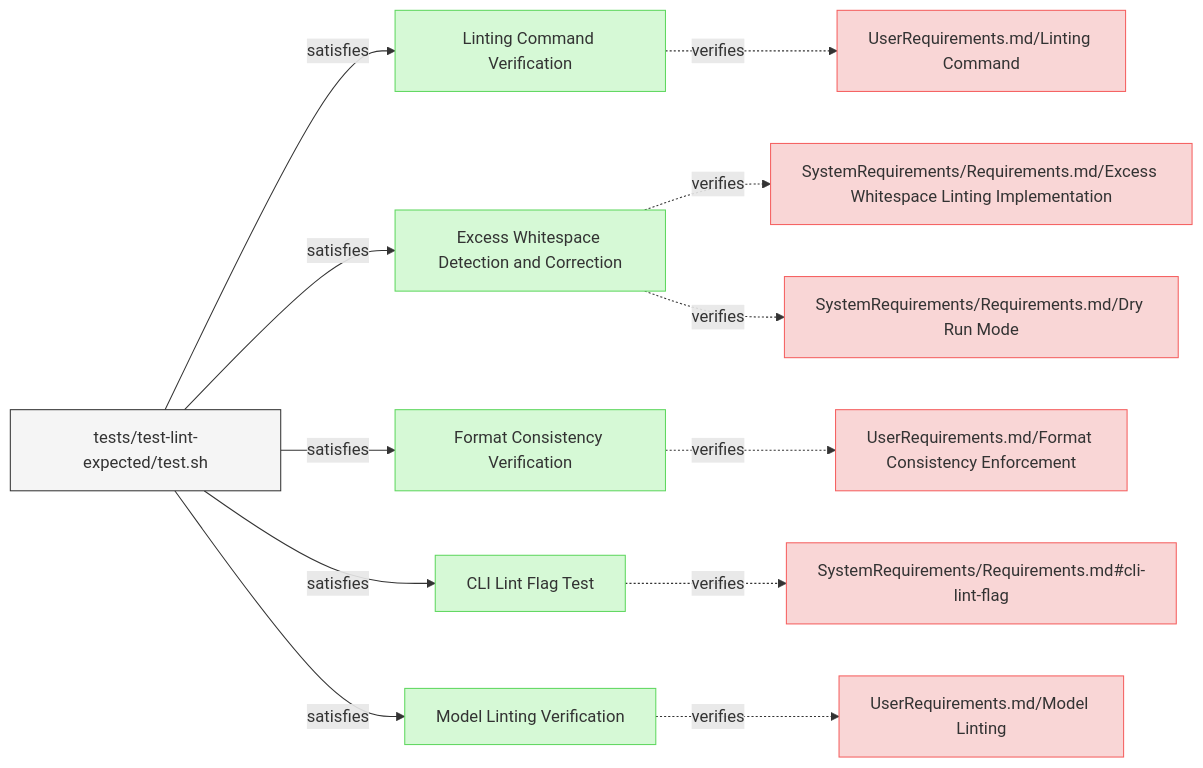
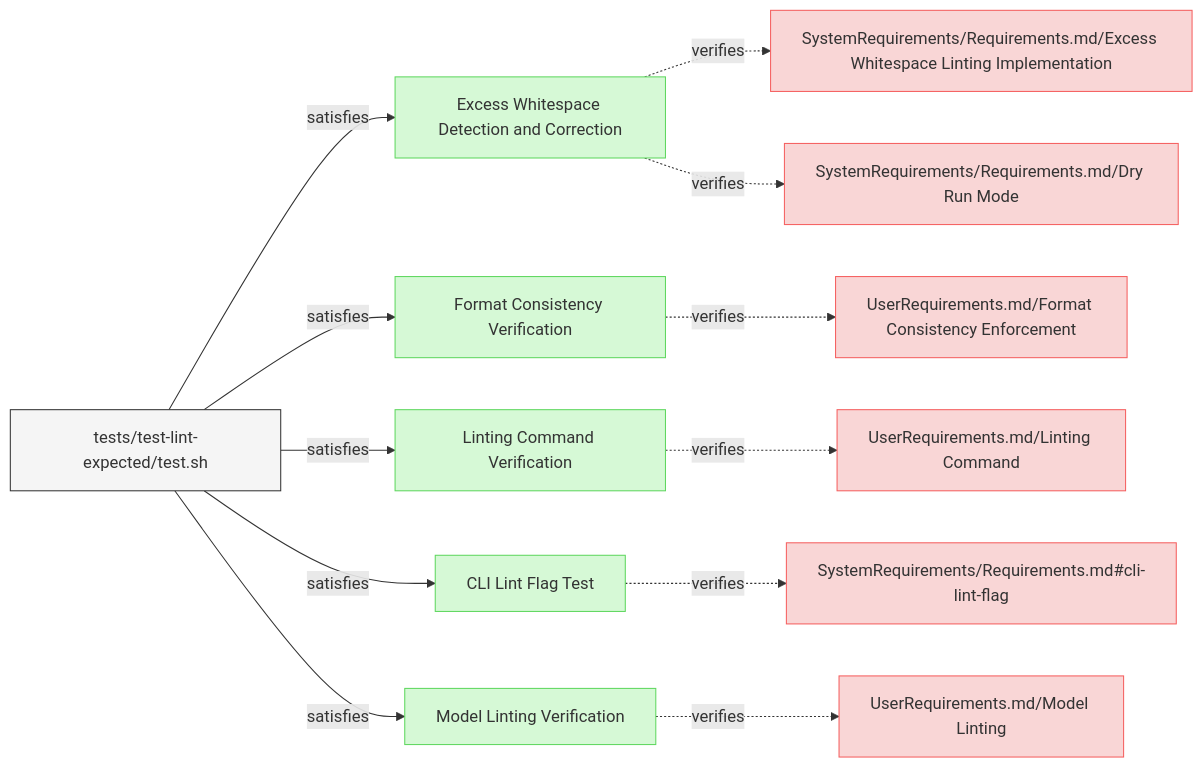
Before and after one commit to reqvire-org/reqvire: the first of 3 diagrams in specifications/Verifications/LintingTests.md, drawn with Mermaid. The commit also changed other lines of this file and 18 other files, not shown here.

````diff
--- a/specifications/Verifications/LintingTests.md
+++ b/specifications/Verifications/LintingTests.md
@@ -6,68 +6,68 @@
 ```mermaid
 graph LR;
   %% Graph styling
   classDef requirement fill:#f9d6d6,stroke:#f55f5f,stroke-width:1px;
   classDef verification fill:#d6f9d6,stroke:#5fd75f,stroke-width:1px;
   classDef externalLink fill:#d0e0ff,stroke:#3080ff,stroke-width:1px;
   classDef default fill:#f5f5f5,stroke:#333333,stroke-width:1px;
 
-  a8037b2df81f02be["Linting Command Verification"];
-  class a8037b2df81f02be verification;
-  click a8037b2df81f02be "LintingTests.md#linting-command-verification";
-  a51179cda67cf9f2["UserRequirements.md/Linting Command"];
-  class a51179cda67cf9f2 requirement;
-  click a51179cda67cf9f2 "../UserRequirements.md#linting-command";
-  a8037b2df81f02be -.->|verifies| a51179cda67cf9f2;
-  a606311f33e42901["tests/test-lint-expected/test.sh"];
-  class a606311f33e42901 default;
-  click a606311f33e42901 "../../tests/test-lint-expected/test.sh";
-  a606311f33e42901 -->|satisfies| a8037b2df81f02be;
   37dbb69e504fec9d["Excess Whitespace Detection and Correction"];
   class 37dbb69e504fec9d verification;
   click 37dbb69e504fec9d "LintingTests.md#excess-whitespace-detection-and-correction";
   9f473f6e0b993cac["SystemRequirements/Requirements.md/Excess Whitespace Linting Implementation"];
   class 9f473f6e0b993cac requirement;
   click 9f473f6e0b993cac "../SystemRequirements/Requirements.md#excess-whitespace-linting-implementation";
   37dbb69e504fec9d -.->|verifies| 9f473f6e0b993cac;
   e4ccc71cd6ef4e9e["SystemRequirements/Requirements.md/Dry Run Mode"];
   class e4ccc71cd6ef4e9e requirement;
   click e4ccc71cd6ef4e9e "../SystemRequirements/Requirements.md#dry-run-mode";
   37dbb69e504fec9d -.->|verifies| e4ccc71cd6ef4e9e;
   a606311f33e42901["tests/test-lint-expected/test.sh"];
   class a606311f33e42901 default;
   click a606311f33e42901 "../../tests/test-lint-expected/test.sh";
   a606311f33e42901 -->|satisfies| 37dbb69e504fec9d;
   b8bfbd5ccf026b31["Format Consistency Verification"];
   class b8bfbd5ccf026b31 verification;
   click b8bfbd5ccf026b31 "LintingTests.md#format-consistency-verification";
   974ccf933675ef44["UserRequirements.md/Format Consistency Enforcement"];
   class 974ccf933675ef44 requirement;
   click 974ccf933675ef44 "../UserRequirements.md#format-consistency-enforcement";
   b8bfbd5ccf026b31 -.->|verifies| 974ccf933675ef44;
   a606311f33e42901["tests/test-lint-expected/test.sh"];
   class a606311f33e42901 default;
   click a606311f33e42901 "../../tests/test-lint-expected/test.sh";
   a606311f33e42901 -->|satisfies| b8bfbd5ccf026b31;
+  a8037b2df81f02be["Linting Command Verification"];
+  class a8037b2df81f02be verification;
+  click a8037b2df81f02be "LintingTests.md#linting-command-verification";
+  a51179cda67cf9f2["UserRequirements.md/Linting Command"];
+  class a51179cda67cf9f2 requirement;
+  click a51179cda67cf9f2 "../UserRequirements.md#linting-command";
+  a8037b2df81f02be -.->|verifies| a51179cda67cf9f2;
+  a606311f33e42901["tests/test-lint-expected/test.sh"];
+  class a606311f33e42901 default;
+  click a606311f33e42901 "../../tests/test-lint-expected/test.sh";
+  a606311f33e42901 -->|satisfies| a8037b2df81f02be;
   706dca24b7cc1eb8["CLI Lint Flag Test"];
   class 706dca24b7cc1eb8 verification;
   click 706dca24b7cc1eb8 "LintingTests.md#cli-lint-flag-test";
   7d3a6a25db09c1b2["SystemRequirements/Requirements.md#cli-lint-flag"];
   class 7d3a6a25db09c1b2 requirement;
   click 7d3a6a25db09c1b2 "../SystemRequirements/Requirements.md#cli-lint-flag";
   706dca24b7cc1eb8 -.->|verifies| 7d3a6a25db09c1b2;
   a606311f33e42901["tests/test-lint-expected/test.sh"];
   class a606311f33e42901 default;
   click a606311f33e42901 "../../tests/test-lint-expected/test.sh";
   a606311f33e42901 -->|satisfies| 706dca24b7cc1eb8;
   6481e4ca8c4d6920["Model Linting Verification"];
   class 6481e4ca8c4d6920 verification;
   click 6481e4ca8c4d6920 "LintingTests.md#model-linting-verification";
   7305c1d6f7f1e2b2["UserRequirements.md/Model Linting"];
   class 7305c1d6f7f1e2b2 requirement;
   click 7305c1d6f7f1e2b2 "../UserRequirements.md#model-linting";
   6481e4ca8c4d6920 -.->|verifies| 7305c1d6f7f1e2b2;
   a606311f33e42901["tests/test-lint-expected/test.sh"];
   class a606311f33e42901 default;
   click a606311f33e42901 "../../tests/test-lint-expected/test.sh";
   a606311f33e42901 -->|satisfies| 6481e4ca8c4d6920;
 ```
````
